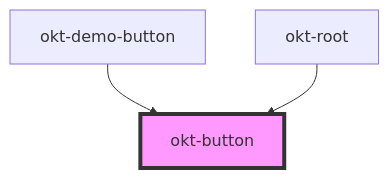
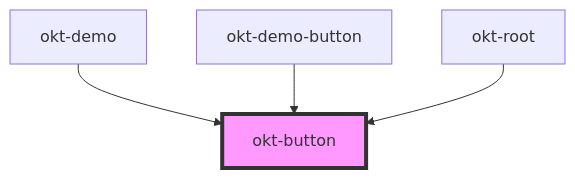
One commit to oktopusdgtl/bulma-components changed the diagram in src/components/button/readme.md. Above: the diagram before and after it, drawn with Mermaid. The commit also changed other lines of this file and 12 other files, not shown here.

````diff
--- a/src/components/button/readme.md
+++ b/src/components/button/readme.md
@@ -37,6 +38,7 @@
 ```mermaid
 graph TD;
+  okt-demo --> okt-button
   okt-demo-button --> okt-button
   okt-root --> okt-button
   style okt-button fill:#f9f,stroke:#333,stroke-width:4px
 ```
````
